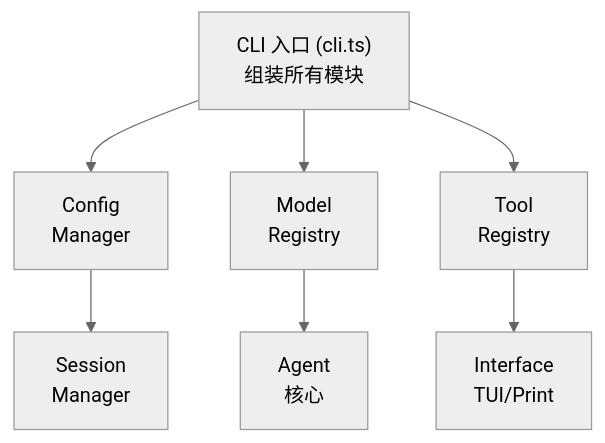
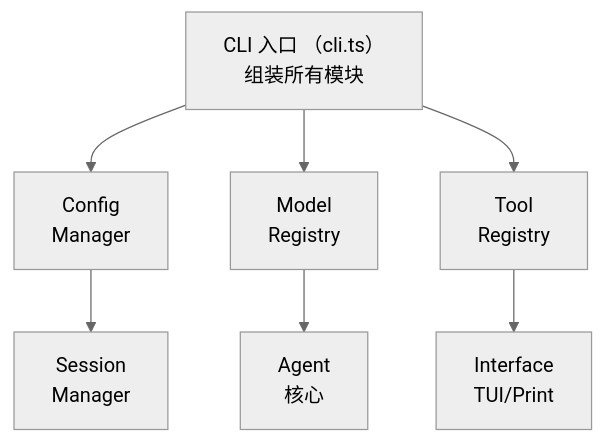
The diagram in docs/09-putting-it-together/01-cli-entry.md (KNeegcyao/my-easy-pi), drawn with Mermaid (neutral theme) before and after one commit. The commit also changed 25 other files, not shown here.

First line of the commit message:
fix: 修复 Mermaid 图表语法错误

````diff
--- a/docs/09-putting-it-together/01-cli-entry.md
+++ b/docs/09-putting-it-together/01-cli-entry.md
@@ -34,9 +34,9 @@
 ```mermaid
 graph TB
-    CLI["CLI 入口 (cli.ts)\n组装所有模块"] --> ConfigM["Config\nManager"]
+    CLI["CLI 入口 （cli.ts）\n组装所有模块"] --> ConfigM["Config\nManager"]
     CLI --> ModelR["Model\nRegistry"]
     CLI --> ToolR["Tool\nRegistry"]
     ConfigM --> SessionM["Session\nManager"]
     ModelR --> Agent["Agent\n核心"]
     ToolR --> Interface["Interface\nTUI/Print"]
 ```
````
